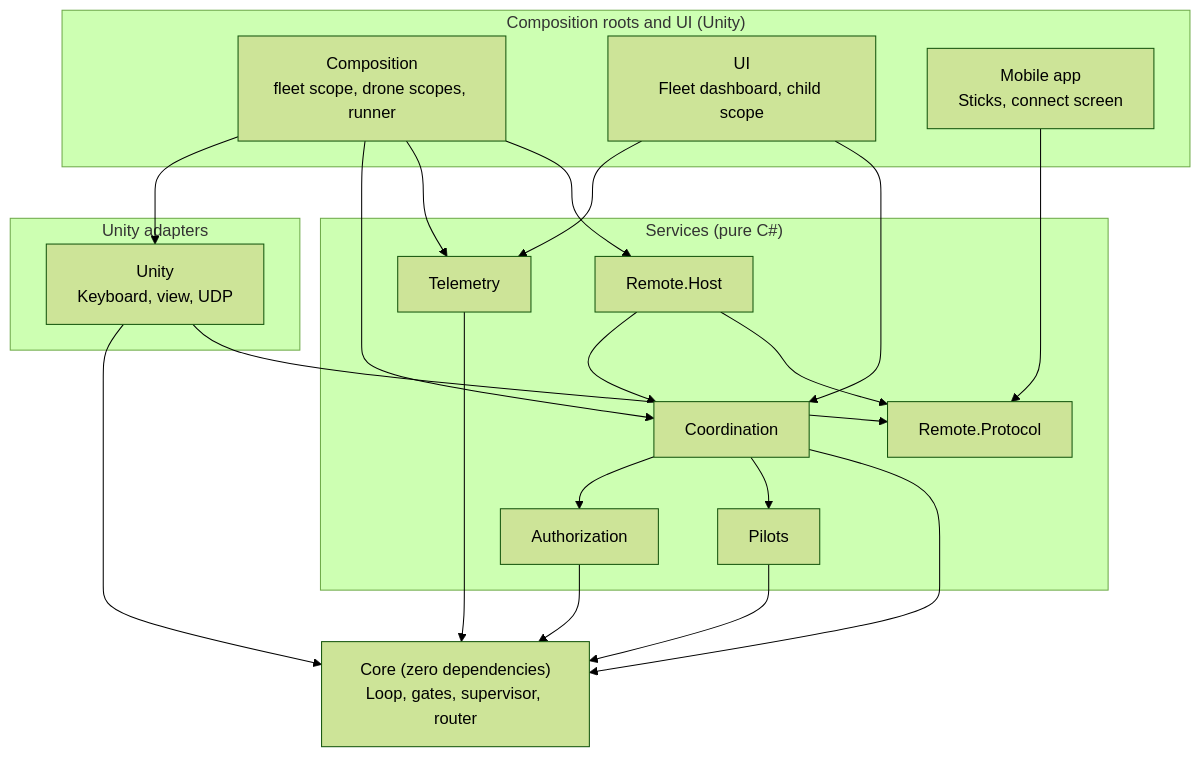
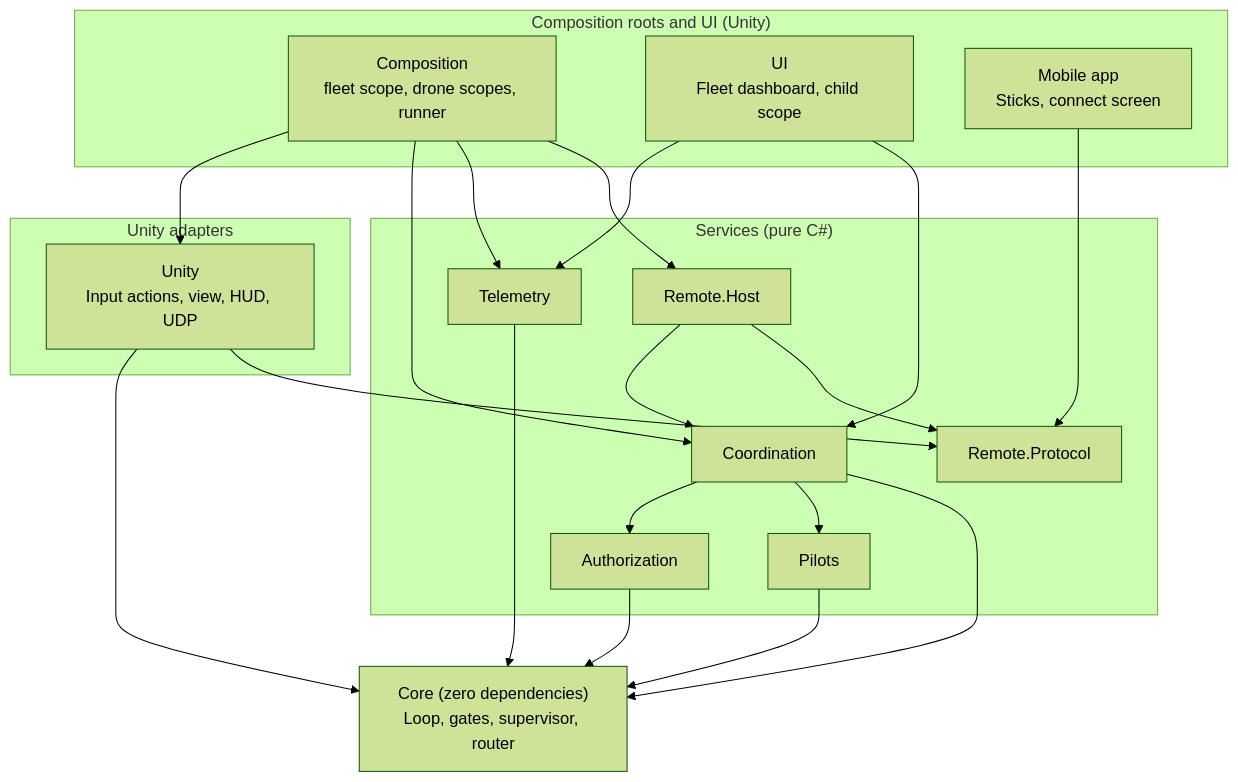
The first of 4 diagrams in Docs/Architecture.md (AlanKolic/DroneFlightModule), drawn with Mermaid (forest theme) before and after one commit. The commit also changed other lines of this file and 65 other files, not shown here.

Commit message:
Add velocity controller, Input System controls, debug HUD and follow camera; clean up project

````diff
--- a/Docs/Architecture.md
+++ b/Docs/Architecture.md
@@ -23,30 +23,30 @@
 ```mermaid
 flowchart TB
     subgraph Roots["Composition roots and UI (Unity)"]
         Comp["Composition<br/>fleet scope, drone scopes, runner"]
         UI["UI<br/>Fleet dashboard, child scope"]
         Mobile["Mobile app<br/>Sticks, connect screen"]
     end
     subgraph Adapters["Unity adapters"]
-        Unity["Unity<br/>Keyboard, view, UDP"]
+        Unity["Unity<br/>Input actions, view, HUD, UDP"]
     end
     subgraph Services["Services (pure C#)"]
         Coord["Coordination"]
         Auth["Authorization"]
         Pilots["Pilots"]
         Tele["Telemetry"]
         Host["Remote.Host"]
         Proto["Remote.Protocol"]
     end
     Core["Core (zero dependencies)<br/>Loop, gates, supervisor, router"]
 
     Comp --> Unity & Coord & Tele & Host
     UI --> Tele & Coord
     Mobile --> Proto
     Unity --> Core & Proto
     Coord --> Auth & Pilots & Core
     Auth --> Core
     Pilots --> Core
     Tele --> Core
     Host --> Coord & Proto
 ```
````
